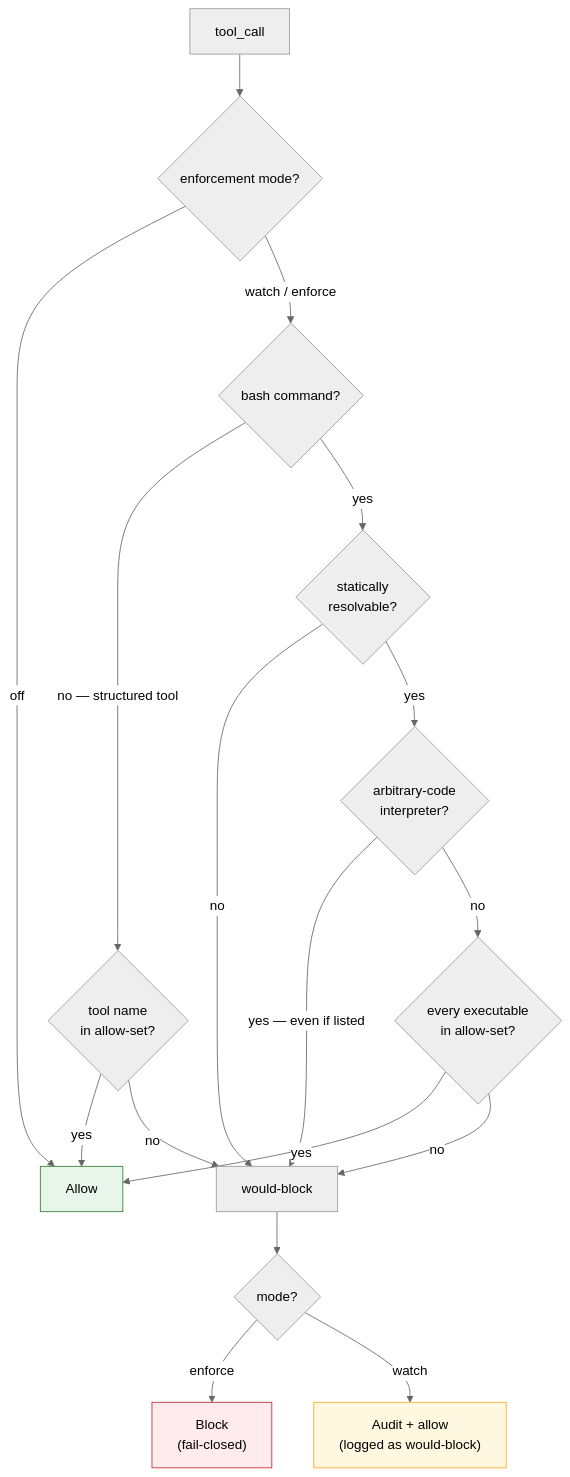
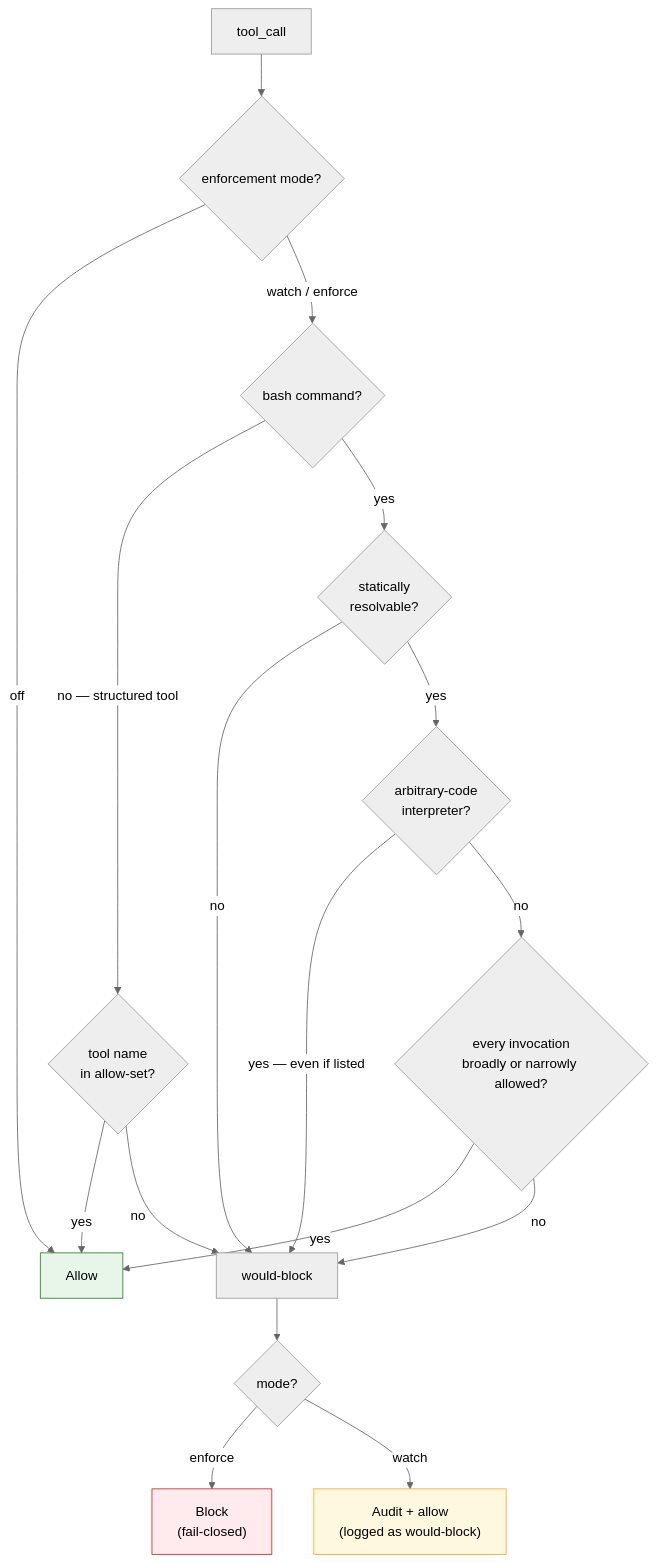
One commit to getlarge/themoltnet changed the second of 2 diagrams in docs/understand/agent-security.md. Above: the diagram before and after it, drawn with Mermaid (neutral theme). The commit also changed other lines of this file and 39 other files, not shown here.

````diff
--- a/docs/understand/agent-security.md
+++ b/docs/understand/agent-security.md
@@ -161,22 +187,22 @@
 ```mermaid
 flowchart TD
     CALL["tool_call"] --> MODE{"enforcement mode?"}
     MODE -->|off| ALLOW["Allow"]
     MODE -->|"watch / enforce"| KIND{"bash command?"}
     KIND -->|"no — structured tool"| LISTED{"tool name<br/>in allow-set?"}
     KIND -->|yes| RES{"statically<br/>resolvable?"}
     RES -->|no| FENCE["would-block"]
     RES -->|yes| ARB{"arbitrary-code<br/>interpreter?"}
     ARB -->|"yes — even if listed"| FENCE
-    ARB -->|no| ALLEXEC{"every executable<br/>in allow-set?"}
+    ARB -->|no| ALLEXEC{"every invocation<br/>broadly or narrowly allowed?"}
     ALLEXEC -->|yes| ALLOW
     ALLEXEC -->|no| FENCE
     LISTED -->|yes| ALLOW
     LISTED -->|no| FENCE
     FENCE --> FMODE{"mode?"}
     FMODE -->|enforce| BLOCK["Block<br/>(fail-closed)"]
     FMODE -->|watch| AUDIT["Audit + allow<br/>(logged as would-block)"]
     style ALLOW fill:#e8f5e9,stroke:#2E7D32
     style AUDIT fill:#fff8e1,stroke:#f9a825
     style BLOCK fill:#ffebee,stroke:#c62828
 ```
````
